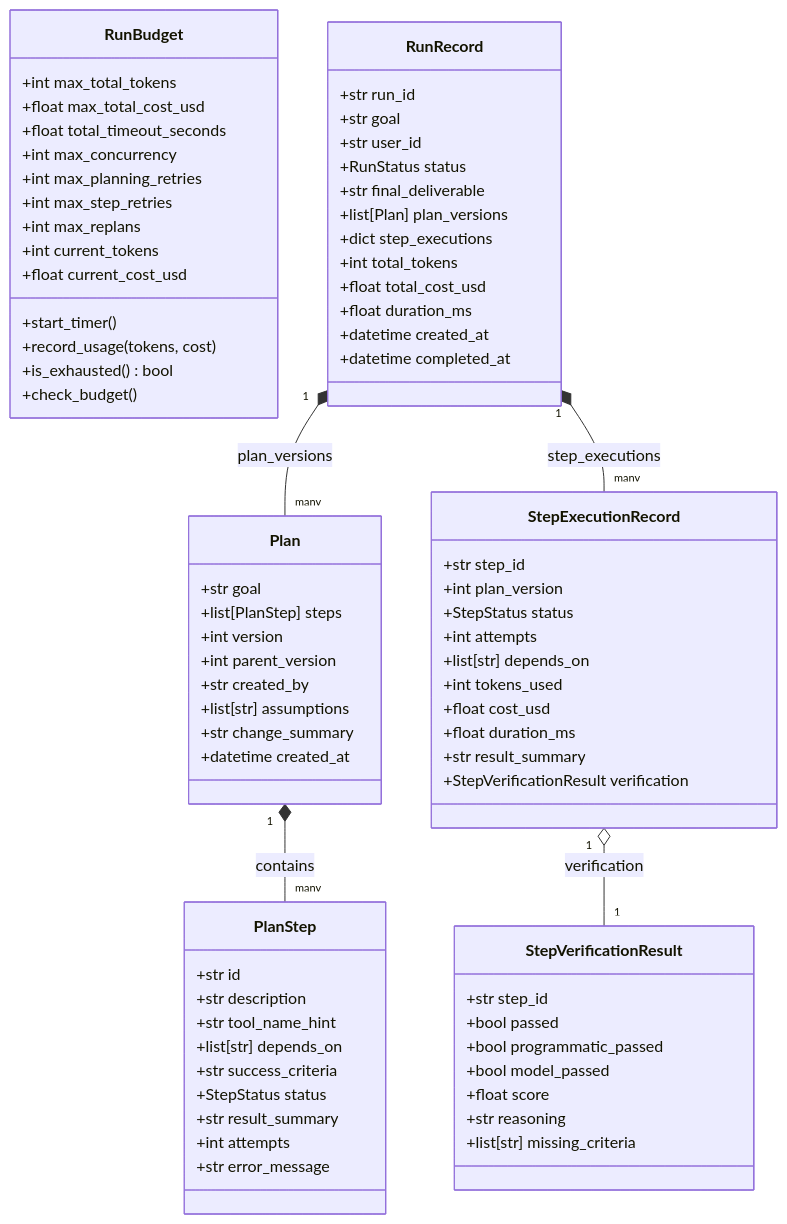
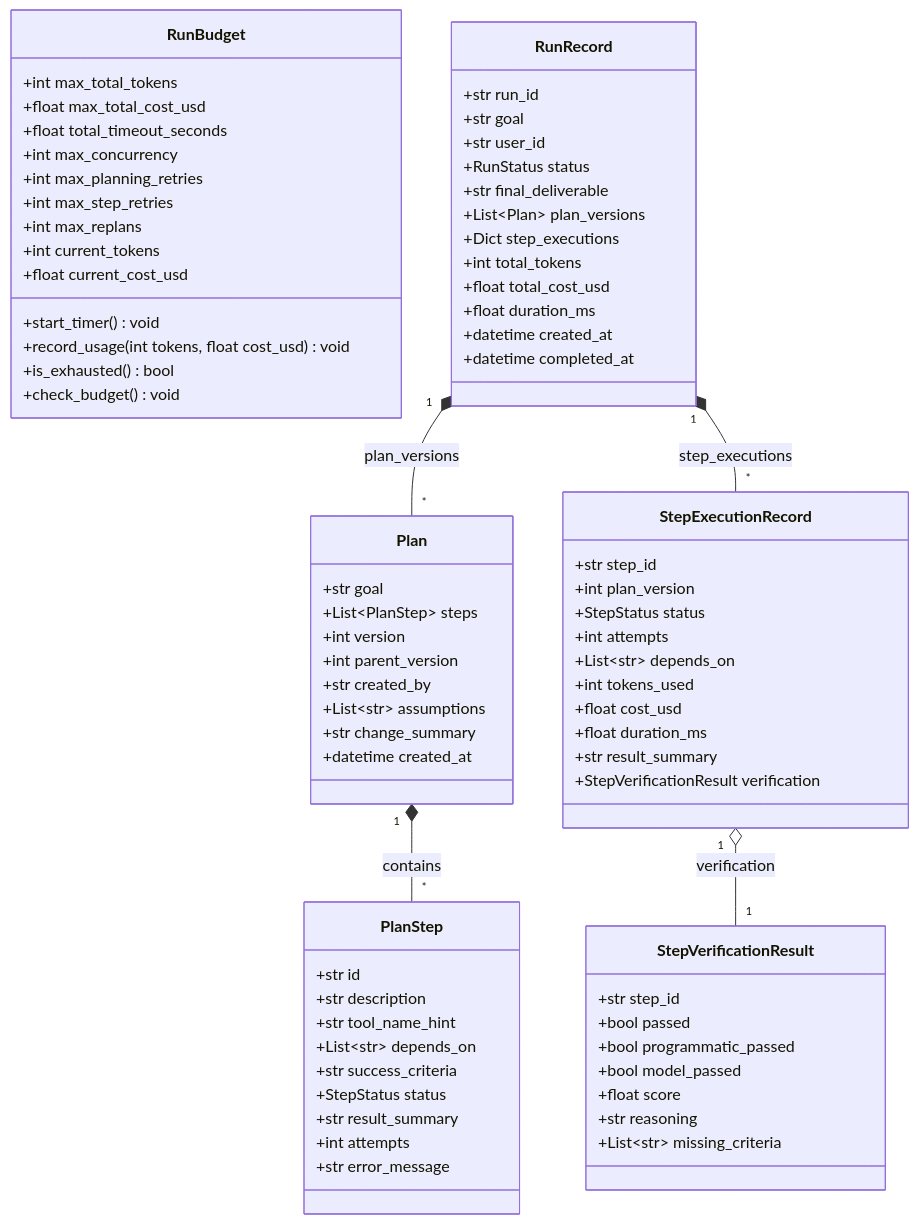
Before and after one commit to harshilkatharva/genai-engineer-journey: the fifth of 5 diagrams in module-18-planning/docs/FLOW.md, drawn with Mermaid. The commit also changed other lines of this file, not shown here.

Commit message:
docs(module-18): fix mermaid syntax errors in FLOW.md

````diff
--- a/module-18-planning/docs/FLOW.md
+++ b/module-18-planning/docs/FLOW.md
@@ -199,11 +198,11 @@
 classDiagram
     class Plan {
         +str goal
-        +list[PlanStep] steps
+        +List~PlanStep~ steps
         +int version
         +int parent_version
         +str created_by
-        +list[str] assumptions
+        +List~str~ assumptions
         +str change_summary
         +datetime created_at
     }
@@ -212,7 +211,7 @@
         +str id
         +str description
         +str tool_name_hint
-        +list[str] depends_on
+        +List~str~ depends_on
         +str success_criteria
         +StepStatus status
         +str result_summary
@@ -230,10 +229,10 @@
         +int max_replans
         +int current_tokens
         +float current_cost_usd
-        +start_timer()
-        +record_usage(tokens, cost)
+        +start_timer() void
+        +record_usage(int tokens, float cost_usd) void
         +is_exhausted() bool
-        +check_budget()
+        +check_budget() void
     }
 
     class RunRecord {
@@ -242,8 +241,8 @@
         +str user_id
         +RunStatus status
         +str final_deliverable
-        +list[Plan] plan_versions
-        +dict step_executions
+        +List~Plan~ plan_versions
+        +Dict step_executions
         +int total_tokens
         +float total_cost_usd
         +float duration_ms
@@ -256,7 +255,7 @@
         +int plan_version
         +StepStatus status
         +int attempts
-        +list[str] depends_on
+        +List~str~ depends_on
         +int tokens_used
         +float cost_usd
         +float duration_ms
@@ -271,11 +270,11 @@
         +bool model_passed
         +float score
         +str reasoning
-        +list[str] missing_criteria
+        +List~str~ missing_criteria
     }
 
-    Plan "1" *-- "many" PlanStep : contains
-    RunRecord "1" *-- "many" Plan : plan_versions
-    RunRecord "1" *-- "many" StepExecutionRecord : step_executions
+    Plan "1" *-- "*" PlanStep : contains
+    RunRecord "1" *-- "*" Plan : plan_versions
+    RunRecord "1" *-- "*" StepExecutionRecord : step_executions
     StepExecutionRecord "1" o-- "1" StepVerificationResult : verification
 ```
````
